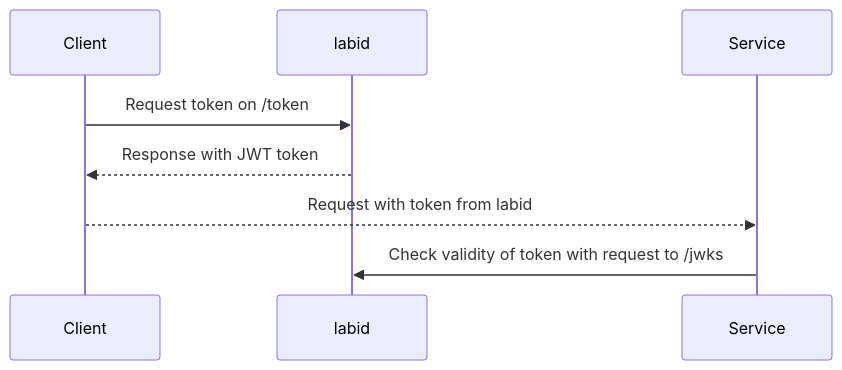
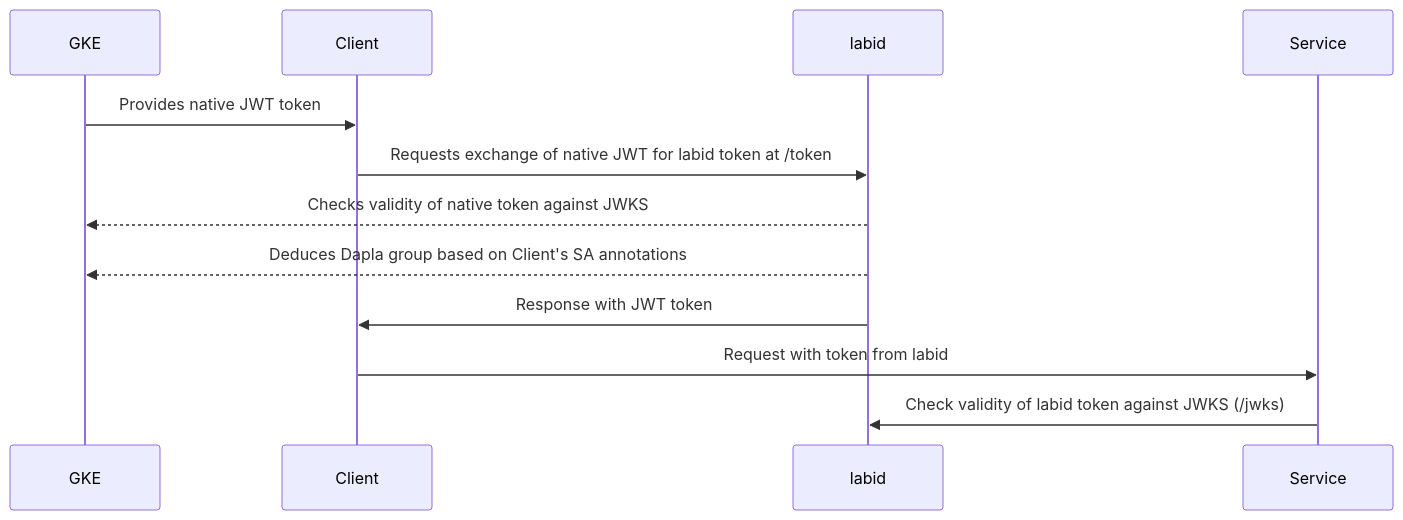
The diagram in README.md (trygu/labid), drawn with Mermaid before and after one commit.

````diff
--- a/README.md
+++ b/README.md
@@ -6,10 +6,14 @@
 ```mermaid
 sequenceDiagram
+    participant GKE
     participant Client
     participant labid
     participant Service
-    Client->>labid: Request token on /token
-    labid-->>Client: Response with JWT token
-    Client-->>Service: Request with token from labid
-    Service->>labid: Check validity of token with request to /jwks
+    GKE->>Client: Provides native JWT token
+    Client->>labid: Requests exchange of native JWT for labid token at /token
+    labid-->>GKE: Checks validity of native token against JWKS
+    labid-->>GKE: Deduces Dapla group based on Client's SA annotations
+    labid->>Client: Response with JWT token
+    Client->>Service: Request with token from labid
+    Service->>labid: Check validity of labid token against JWKS (/jwks)
 ```
````
